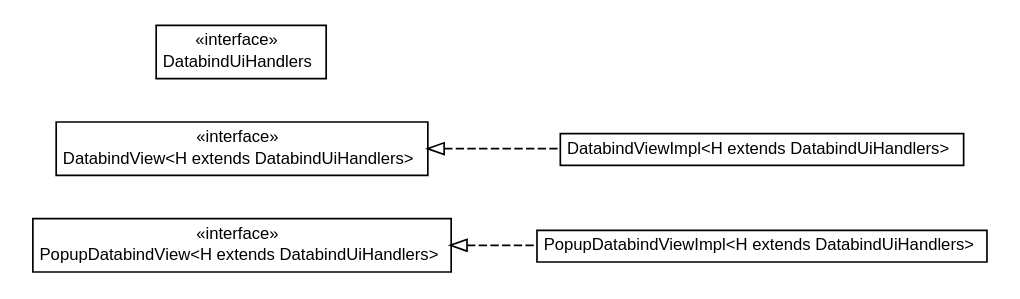
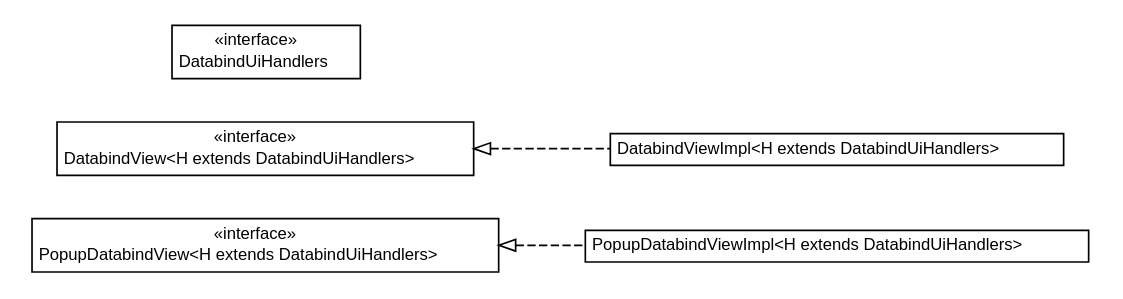
Before and after one commit to growbit/turbogwt-gwtp: the diagram in javadoc/apidocs/org/turbogwt/ext/gwtp/databind/client/org.turbogwt.ext.gwtp.databind.client.dot, drawn with Graphviz. The commit also changed 47 other files, not shown here.

```diff
--- a/javadoc/apidocs/org/turbogwt/ext/gwtp/databind/client/org.turbogwt.ext.gwtp.databind.client.dot
+++ b/javadoc/apidocs/org/turbogwt/ext/gwtp/databind/client/org.turbogwt.ext.gwtp.databind.client.dot
@@ -1,50 +1,50 @@
 #!/usr/local/bin/dot
 #
 # Class diagram 
 # Generated by UMLGraph version R5_6-24-gf6e263 (http://www.umlgraph.org/)
 #
 
 digraph G {
-	edge [fontname="arial",fontsize=10,labelfontname="arial",labelfontsize=10];
-	node [fontname="arial",fontsize=10,shape=plaintext];
+	edge [fontname="Helvetica",fontsize=10,labelfontname="Helvetica",labelfontsize=10];
+	node [fontname="Helvetica",fontsize=10,shape=plaintext];
 	nodesep=0.25;
 	ranksep=0.5;
 	rankdir=LR;
 	// org.turbogwt.ext.gwtp.databind.client.PopupDatabindViewImpl<H extends org.turbogwt.ext.gwtp.databind.client.DatabindUiHandlers>
 	c0 [label=<<table title="org.turbogwt.ext.gwtp.databind.client.PopupDatabindViewImpl" border="0" cellborder="1" cellspacing="0" cellpadding="2" port="p" href="./PopupDatabindViewImpl.html">
 		<tr><td><table border="0" cellspacing="0" cellpadding="1">
 <tr><td align="center" balign="center"> PopupDatabindViewImpl&lt;H extends DatabindUiHandlers&gt; </td></tr>
 		</table></td></tr>
-		</table>>, URL="./PopupDatabindViewImpl.html", fontname="arial", fontcolor="black", fontsize=10.0];
+		</table>>, URL="./PopupDatabindViewImpl.html", fontname="Helvetica", fontcolor="black", fontsize=10.0];
 	// org.turbogwt.ext.gwtp.databind.client.PopupDatabindView<H extends org.turbogwt.ext.gwtp.databind.client.DatabindUiHandlers>
 	c1 [label=<<table title="org.turbogwt.ext.gwtp.databind.client.PopupDatabindView" border="0" cellborder="1" cellspacing="0" cellpadding="2" port="p" href="./PopupDatabindView.html">
 		<tr><td><table border="0" cellspacing="0" cellpadding="1">
 <tr><td align="center" balign="center"> &#171;interface&#187; </td></tr>
 <tr><td align="center" balign="center"> PopupDatabindView&lt;H extends DatabindUiHandlers&gt; </td></tr>
 		</table></td></tr>
-		</table>>, URL="./PopupDatabindView.html", fontname="arial", fontcolor="black", fontsize=10.0];
-	// org.turbogwt.ext.gwtp.databind.client.DatabindViewImpl<H extends org.turbogwt.ext.gwtp.databind.client.DatabindUiHandlers>
-	c2 [label=<<table title="org.turbogwt.ext.gwtp.databind.client.DatabindViewImpl" border="0" cellborder="1" cellspacing="0" cellpadding="2" port="p" href="./DatabindViewImpl.html">
-		<tr><td><table border="0" cellspacing="0" cellpadding="1">
-<tr><td align="center" balign="center"> DatabindViewImpl&lt;H extends DatabindUiHandlers&gt; </td></tr>
-		</table></td></tr>
-		</table>>, URL="./DatabindViewImpl.html", fontname="arial", fontcolor="black", fontsize=10.0];
+		</table>>, URL="./PopupDatabindView.html", fontname="Helvetica", fontcolor="black", fontsize=10.0];
 	// org.turbogwt.ext.gwtp.databind.client.DatabindView<H extends org.turbogwt.ext.gwtp.databind.client.DatabindUiHandlers>
-	c3 [label=<<table title="org.turbogwt.ext.gwtp.databind.client.DatabindView" border="0" cellborder="1" cellspacing="0" cellpadding="2" port="p" href="./DatabindView.html">
+	c2 [label=<<table title="org.turbogwt.ext.gwtp.databind.client.DatabindView" border="0" cellborder="1" cellspacing="0" cellpadding="2" port="p" href="./DatabindView.html">
 		<tr><td><table border="0" cellspacing="0" cellpadding="1">
 <tr><td align="center" balign="center"> &#171;interface&#187; </td></tr>
 <tr><td align="center" balign="center"> DatabindView&lt;H extends DatabindUiHandlers&gt; </td></tr>
 		</table></td></tr>
-		</table>>, URL="./DatabindView.html", fontname="arial", fontcolor="black", fontsize=10.0];
+		</table>>, URL="./DatabindView.html", fontname="Helvetica", fontcolor="black", fontsize=10.0];
+	// org.turbogwt.ext.gwtp.databind.client.DatabindViewImpl<H extends org.turbogwt.ext.gwtp.databind.client.DatabindUiHandlers>
+	c3 [label=<<table title="org.turbogwt.ext.gwtp.databind.client.DatabindViewImpl" border="0" cellborder="1" cellspacing="0" cellpadding="2" port="p" href="./DatabindViewImpl.html">
+		<tr><td><table border="0" cellspacing="0" cellpadding="1">
+<tr><td align="center" balign="center"> DatabindViewImpl&lt;H extends DatabindUiHandlers&gt; </td></tr>
+		</table></td></tr>
+		</table>>, URL="./DatabindViewImpl.html", fontname="Helvetica", fontcolor="black", fontsize=10.0];
 	// org.turbogwt.ext.gwtp.databind.client.DatabindUiHandlers
 	c4 [label=<<table title="org.turbogwt.ext.gwtp.databind.client.DatabindUiHandlers" border="0" cellborder="1" cellspacing="0" cellpadding="2" port="p" href="./DatabindUiHandlers.html">
 		<tr><td><table border="0" cellspacing="0" cellpadding="1">
 <tr><td align="center" balign="center"> &#171;interface&#187; </td></tr>
 <tr><td align="center" balign="center"> DatabindUiHandlers </td></tr>
 		</table></td></tr>
-		</table>>, URL="./DatabindUiHandlers.html", fontname="arial", fontcolor="black", fontsize=10.0];
+		</table>>, URL="./DatabindUiHandlers.html", fontname="Helvetica", fontcolor="black", fontsize=10.0];
 	//org.turbogwt.ext.gwtp.databind.client.PopupDatabindViewImpl<H extends org.turbogwt.ext.gwtp.databind.client.DatabindUiHandlers> implements org.turbogwt.ext.gwtp.databind.client.PopupDatabindView<H extends org.turbogwt.ext.gwtp.databind.client.DatabindUiHandlers>
 	c1:p -> c0:p [dir=back,arrowtail=empty,style=dashed];
 	//org.turbogwt.ext.gwtp.databind.client.DatabindViewImpl<H extends org.turbogwt.ext.gwtp.databind.client.DatabindUiHandlers> implements org.turbogwt.ext.gwtp.databind.client.DatabindView<H extends org.turbogwt.ext.gwtp.databind.client.DatabindUiHandlers>
-	c3:p -> c2:p [dir=back,arrowtail=empty,style=dashed];
+	c2:p -> c3:p [dir=back,arrowtail=empty,style=dashed];
 }
```
